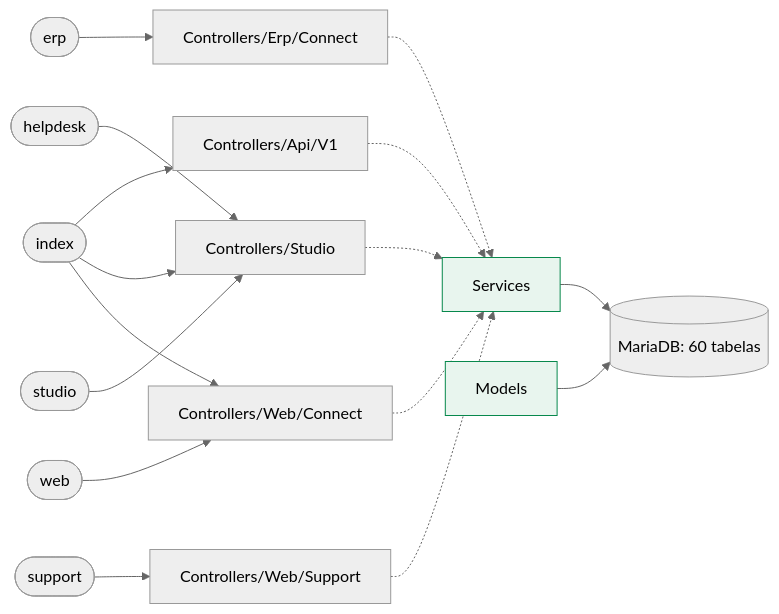
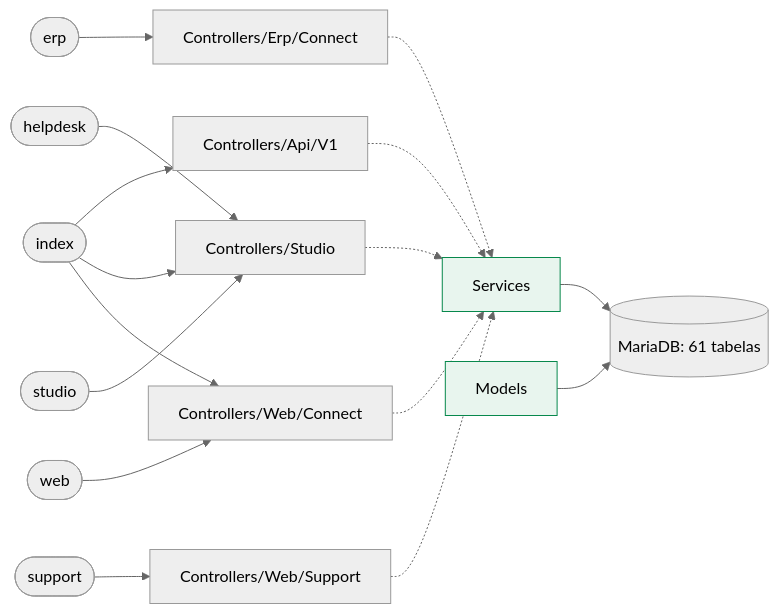
One commit to djalmamartins/connect-erp changed the first of 2 diagrams in docs/map/README.md. Above: the diagram before and after it, drawn with Mermaid (neutral theme). The commit also changed other lines of this file and 1 other file, not shown here.

````diff
--- a/docs/map/README.md
+++ b/docs/map/README.md
@@ -13,28 +13,28 @@
 ```mermaid
 flowchart LR
   env_erp(["erp"])
   env_erp --> pkg_Controllers_Erp_Connect["Controllers/Erp/Connect"]
   env_helpdesk(["helpdesk"])
   env_helpdesk --> pkg_Controllers_Studio["Controllers/Studio"]
   env_index(["index"])
   env_index --> pkg_Controllers_Api_V1["Controllers/Api/V1"]
   env_index --> pkg_Controllers_Studio["Controllers/Studio"]
   env_index --> pkg_Controllers_Web_Connect["Controllers/Web/Connect"]
   env_studio(["studio"])
   env_studio --> pkg_Controllers_Studio["Controllers/Studio"]
   env_support(["support"])
   env_support --> pkg_Controllers_Web_Support["Controllers/Web/Support"]
   env_web(["web"])
   env_web --> pkg_Controllers_Web_Connect["Controllers/Web/Connect"]
   pkg_svc["Services"]:::svc
   pkg_mdl["Models"]:::svc
-  db[("MariaDB: 60 tabelas")]
+  db[("MariaDB: 61 tabelas")]
   pkg_Controllers_Api_V1 -.-> pkg_svc
   pkg_Controllers_Erp_Connect -.-> pkg_svc
   pkg_Controllers_Studio -.-> pkg_svc
   pkg_Controllers_Web_Connect -.-> pkg_svc
   pkg_Controllers_Web_Support -.-> pkg_svc
   pkg_svc --> db
   pkg_mdl --> db
   classDef svc fill:#e8f5ee,stroke:#07884c
 ```
````
